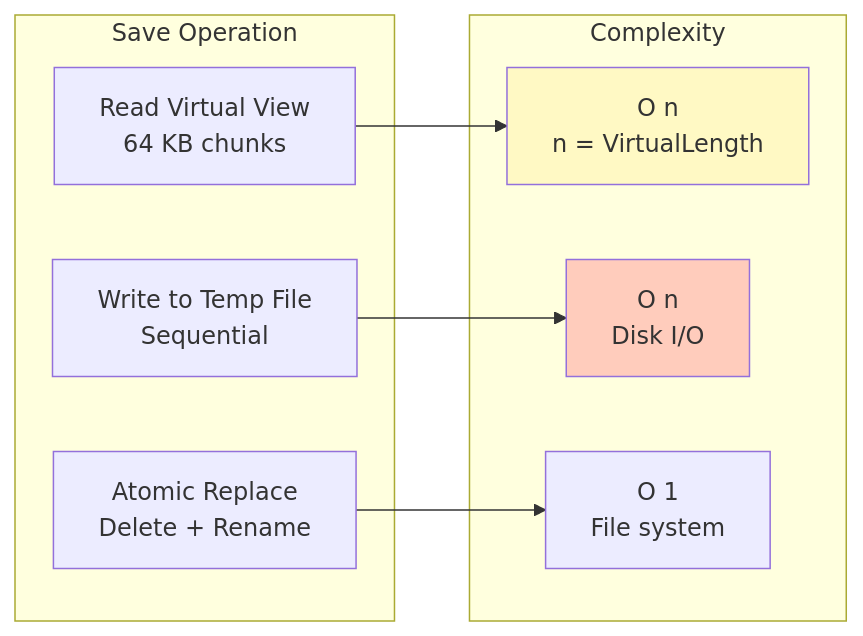
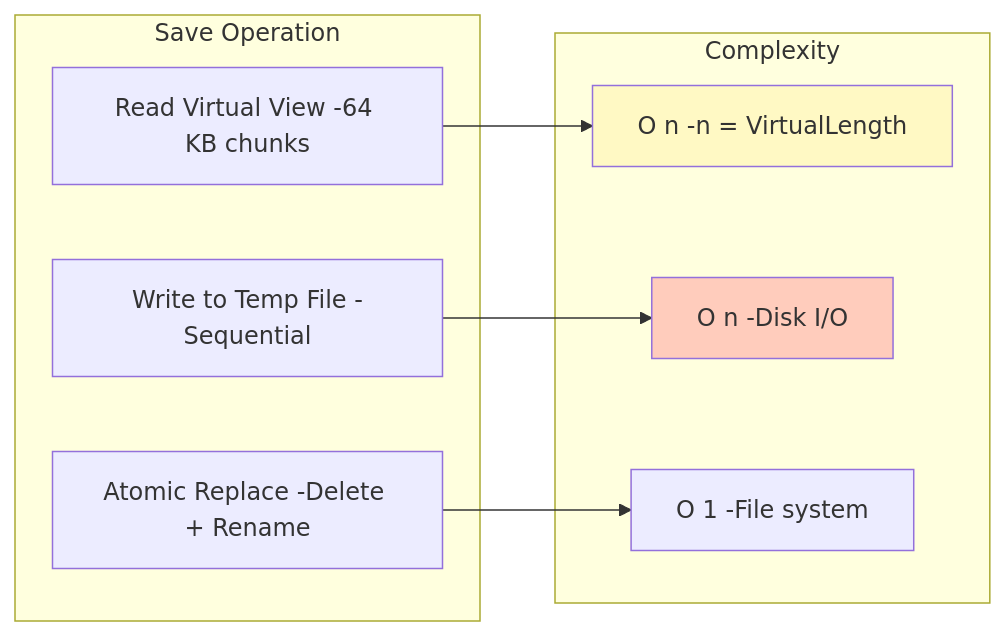
Before and after one commit to myd7349/WpfHexEditorControl: diagram 20 of 24 in ARCHITECTURE_V2.md, drawn with Mermaid. The commit also changed other lines of this file, not shown here.

First line of the commit message:
Fix all remaining Mermaid diagram br tags for GitHub compatibility

````diff
--- a/ARCHITECTURE_V2.md
+++ b/ARCHITECTURE_V2.md
@@ -1421,21 +1421,21 @@
 ```mermaid
 graph LR
     subgraph "Save Operation"
-        S1[Read Virtual View<br/>64 KB chunks]
-        S2[Write to Temp File<br/>Sequential]
-        S3[Atomic Replace<br/>Delete + Rename]
+        S1[Read Virtual View -64 KB chunks]
+        S2[Write to Temp File -Sequential]
+        S3[Atomic Replace -Delete + Rename]
     end
 
     subgraph "Complexity"
-        C1["O n<br/>n = VirtualLength"]
-        C2["O n<br/>Disk I/O"]
-        C3["O 1<br/>File system"]
+        C1["O n -n = VirtualLength"]
+        C2["O n -Disk I/O"]
+        C3["O 1 -File system"]
     end
 
     S1 --> C1
     S2 --> C2
     S3 --> C3
 
     style C1 fill:#fff9c4
     style C2 fill:#ffccbc
 ```
````
